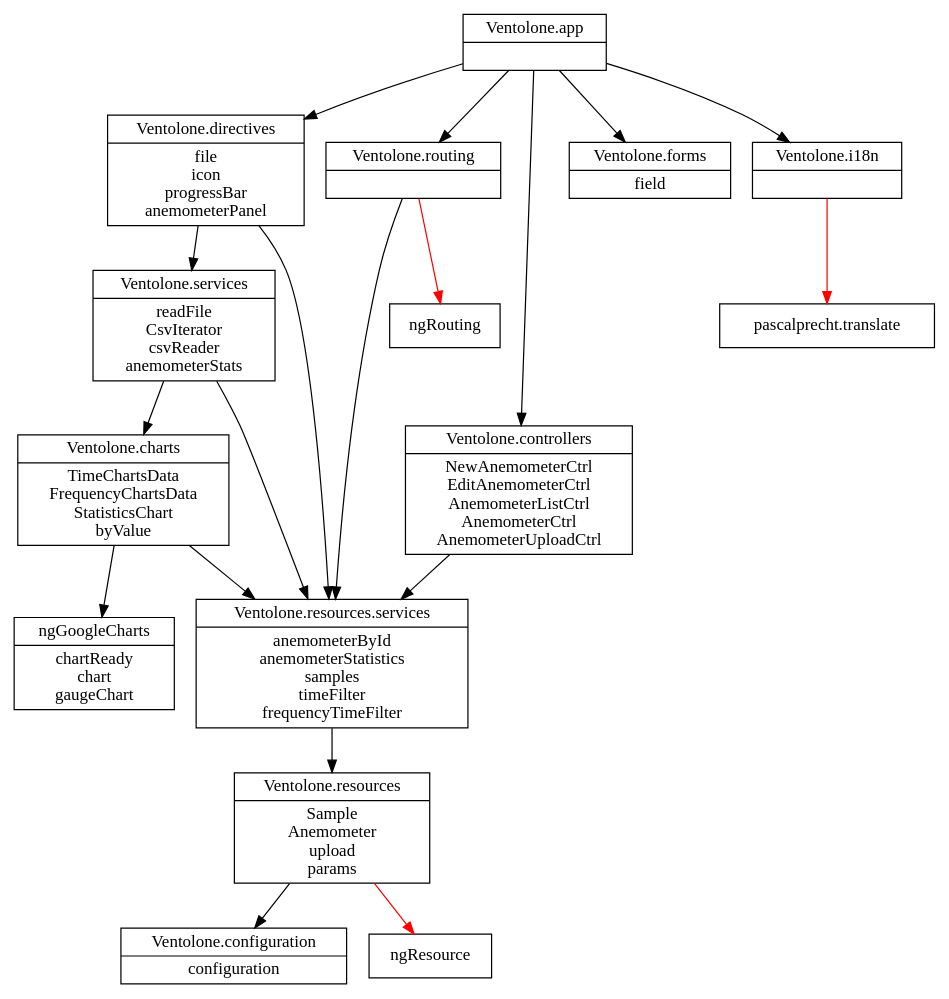
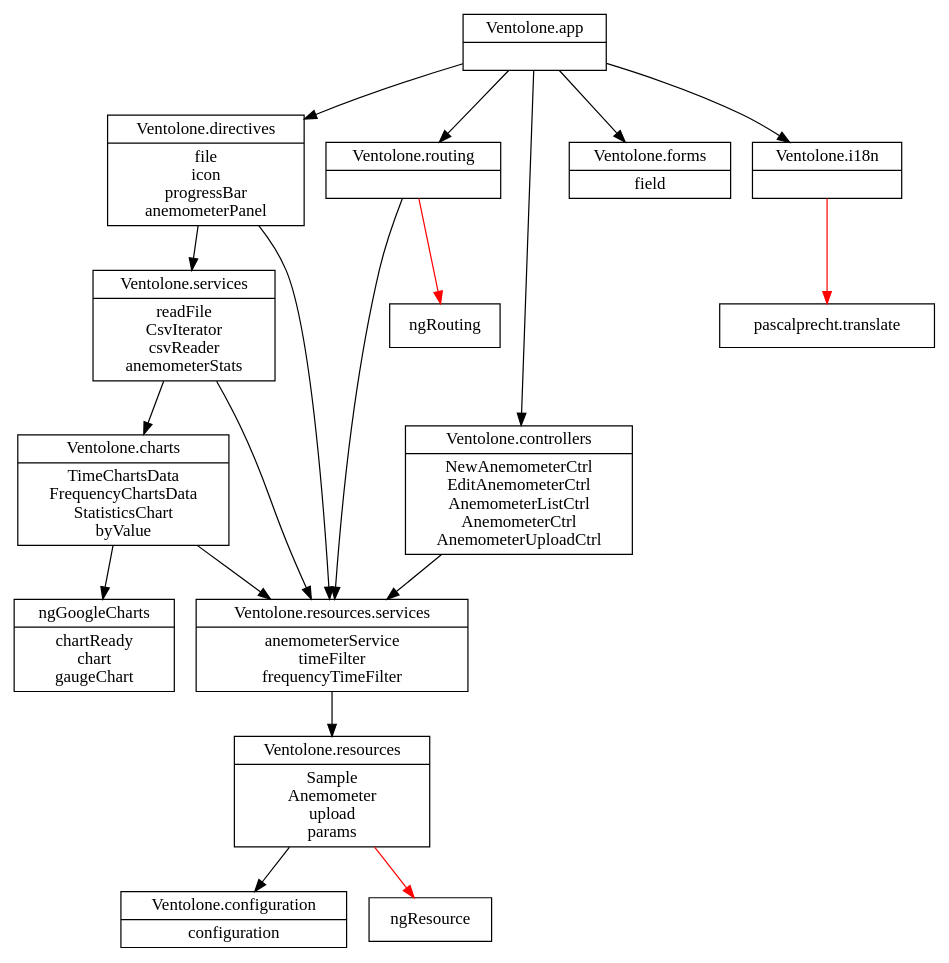
Before and after one commit to VentolONE/ventolone-app: the diagram in dependencies-graph.dot, drawn with Graphviz. The commit also changed 6 other files, not shown here.

```diff
--- a/dependencies-graph.dot
+++ b/dependencies-graph.dot
@@ -1,35 +1,35 @@
 digraph dependencies{
   node[shape="record"]
   "Ventolone.charts"[label="{Ventolone.charts|TimeChartsData\nFrequencyChartsData\nStatisticsChart\nbyValue}"] 
   "Ventolone.configuration"[label="{Ventolone.configuration|configuration}"] 
   "Ventolone.controllers"[label="{Ventolone.controllers|NewAnemometerCtrl\nEditAnemometerCtrl\nAnemometerListCtrl\nAnemometerCtrl\nAnemometerUploadCtrl}"] 
   "Ventolone.directives"[label="{Ventolone.directives|file\nicon\nprogressBar\nanemometerPanel}"] 
   "Ventolone.forms"[label="{Ventolone.forms|field}"] 
   "ngGoogleCharts"[label="{ngGoogleCharts|chartReady\nchart\ngaugeChart}"] 
   "Ventolone.i18n"[label="{Ventolone.i18n|}"] 
   "Ventolone.app"[label="{Ventolone.app|}"] 
-  "Ventolone.resources.services"[label="{Ventolone.resources.services|anemometerById\nanemometerStatistics\nsamples\ntimeFilter\nfrequencyTimeFilter}"] 
+  "Ventolone.resources.services"[label="{Ventolone.resources.services|anemometerService\ntimeFilter\nfrequencyTimeFilter}"] 
   "Ventolone.resources"[label="{Ventolone.resources|Sample\nAnemometer\nupload\nparams}"] 
   "Ventolone.routing"[label="{Ventolone.routing|}"] 
   "Ventolone.services"[label="{Ventolone.services|readFile\nCsvIterator\ncsvReader\nanemometerStats}"] 
 
 
   "Ventolone.charts" -> "ngGoogleCharts"  [color="black"]
   "Ventolone.charts" -> "Ventolone.resources.services"  [color="black"]
   "Ventolone.controllers" -> "Ventolone.resources.services"  [color="black"]
   "Ventolone.directives" -> "Ventolone.services"  [color="black"]
   "Ventolone.directives" -> "Ventolone.resources.services"  [color="black"]
   "Ventolone.i18n" -> "pascalprecht.translate"  [color="red"]
   "Ventolone.app" -> "Ventolone.controllers"  [color="black"]
   "Ventolone.app" -> "Ventolone.directives"  [color="black"]
   "Ventolone.app" -> "Ventolone.routing"  [color="black"]
   "Ventolone.app" -> "Ventolone.i18n"  [color="black"]
   "Ventolone.app" -> "Ventolone.forms"  [color="black"]
   "Ventolone.resources.services" -> "Ventolone.resources"  [color="black"]
   "Ventolone.resources" -> "ngResource"  [color="red"]
   "Ventolone.resources" -> "Ventolone.configuration"  [color="black"]
   "Ventolone.routing" -> "ngRouting"  [color="red"]
   "Ventolone.routing" -> "Ventolone.resources.services"  [color="black"]
   "Ventolone.services" -> "Ventolone.charts"  [color="black"]
   "Ventolone.services" -> "Ventolone.resources.services"  [color="black"]
  }
```
